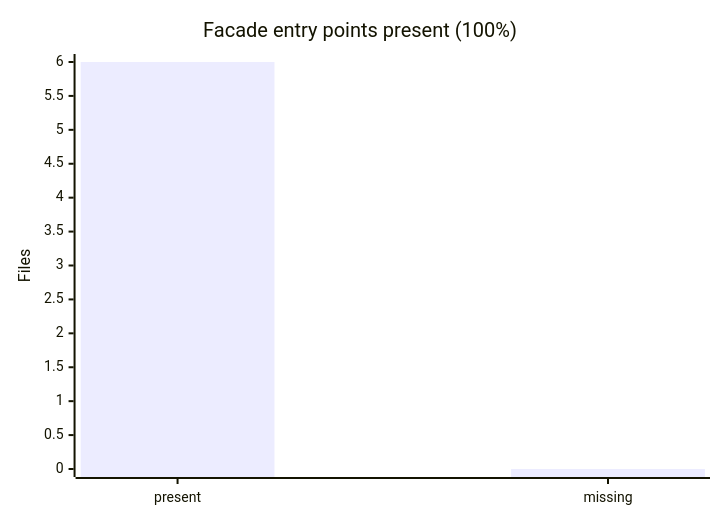
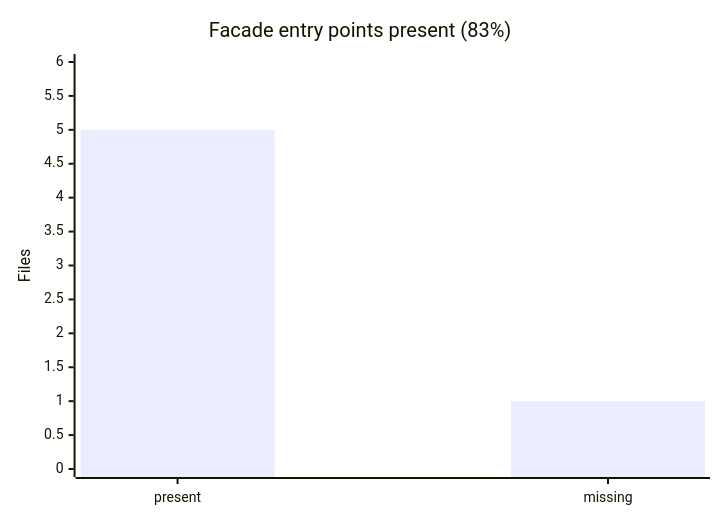
One commit to Mohammed-Alama/php-arazzo changed the diagram in docs/generated/modularization-progress.md. Above: the diagram before and after it, drawn with Mermaid. The commit also changed other lines of this file and 43 other files, not shown here.

````diff
--- a/docs/generated/modularization-progress.md
+++ b/docs/generated/modularization-progress.md
@@ -16,7 +16,7 @@
 ```mermaid
 xychart-beta
-    title "Facade entry points present (100%)"
+    title "Facade entry points present (83%)"
     x-axis ["present", "missing"]
     y-axis "Files" 0 --> 6
-    bar [6, 0]
+    bar [5, 1]
 ```
````
